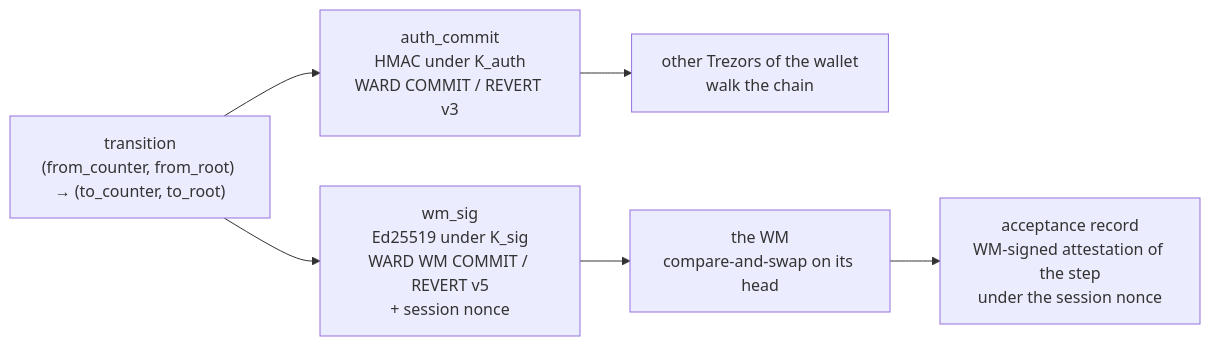
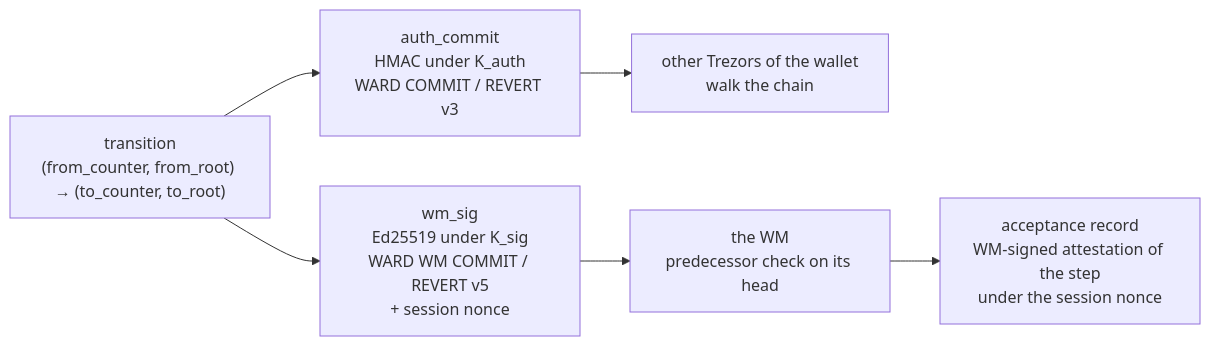
Before and after one commit to trezor/trezor-firmware: the first of 7 diagrams in docs/ward/ward_transitions.md, drawn with Mermaid. The commit also changed other lines of this file and 7 other files, not shown here.

First line of the commit message:
docs(ward): WM keeps no time, predecessor check, session opening

````diff
--- a/docs/ward/ward_transitions.md
+++ b/docs/ward/ward_transitions.md
@@ -36,9 +36,9 @@
 ```mermaid
 flowchart LR
     T["transition<br/>(from_counter, from_root) → (to_counter, to_root)"]
     T --> A["auth_commit<br/>HMAC under K_auth<br/>WARD COMMIT / REVERT v3"]
     T --> W["wm_sig<br/>Ed25519 under K_sig<br/>WARD WM COMMIT / REVERT v5<br/>+ session nonce"]
     A --> D["other Trezors of the wallet<br/>walk the chain"]
-    W --> M["the WM<br/>compare-and-swap on its head"]
+    W --> M["the WM<br/>predecessor check on its head"]
     M --> R["acceptance record<br/>WM-signed attestation of the step<br/>under the session nonce"]
 ```
````
